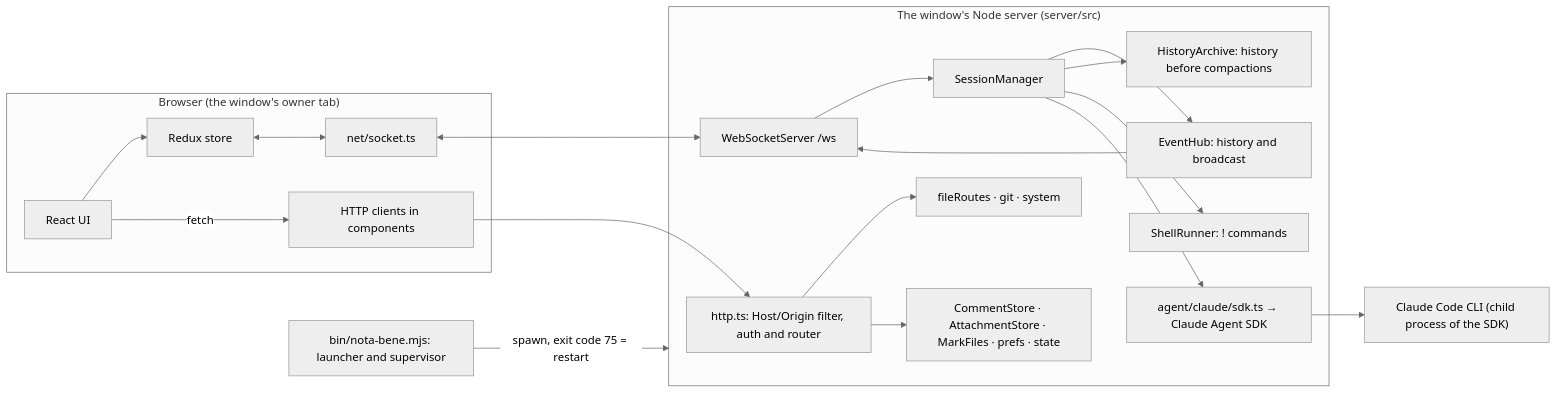
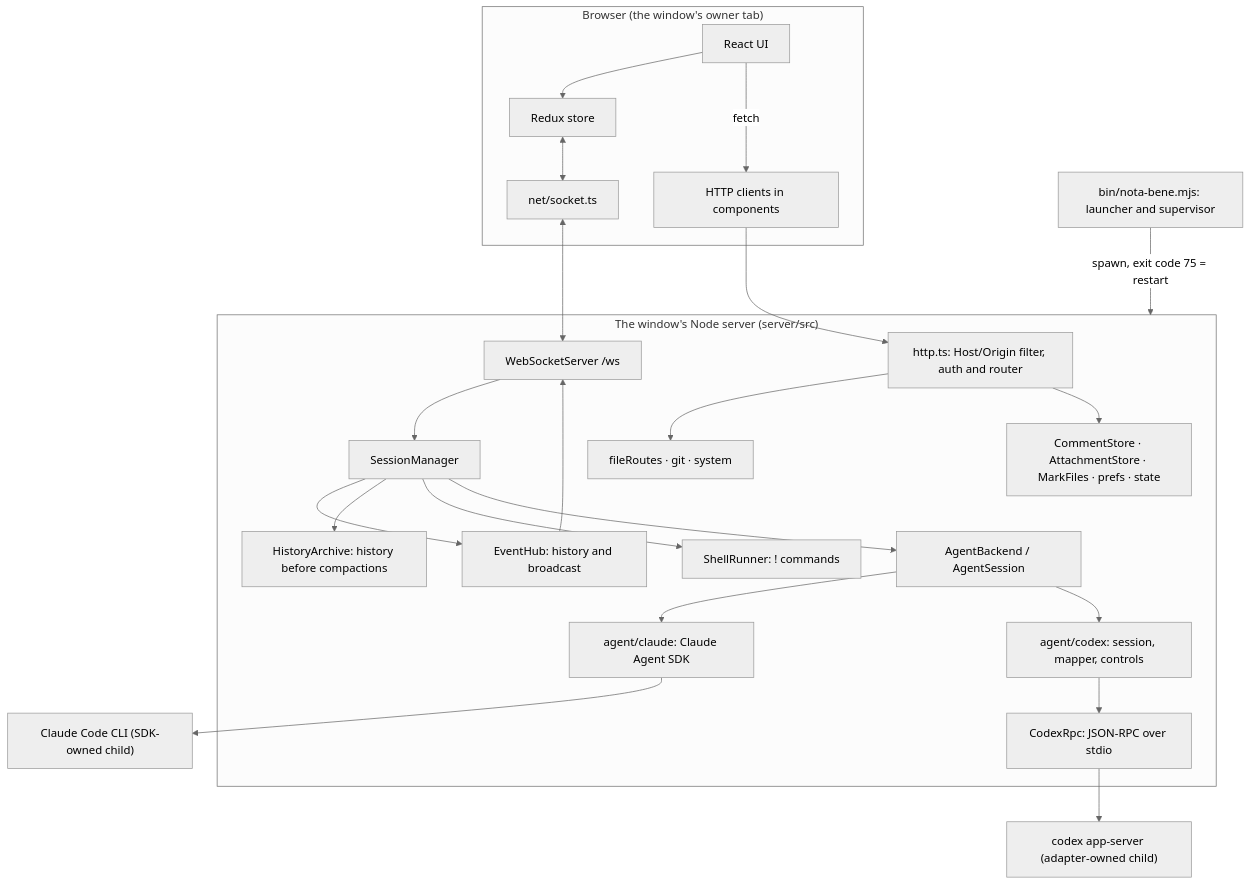
The first of 4 diagrams in docs/architecture.md (iCubeDm/claude-nota-bene), drawn with Mermaid (neutral theme) before and after one commit. The commit also changed other lines of this file and 1 other file, not shown here.

Commit message:
docs: update architecture for Codex and temp images, correct the guide

````diff
--- a/docs/architecture.md
+++ b/docs/architecture.md
@@ -16,31 +14,37 @@
 ```mermaid
-flowchart LR
+flowchart TB
   subgraph Browser["Browser (the window's owner tab)"]
     UI["React UI"] --> RS["Redux store"]
     RS <--> WSC["net/socket.ts"]
     UI -- fetch --> HTTPC["HTTP clients in components"]
   end
   subgraph Server["The window's Node server (server/src)"]
     HTTP["http.ts: Host/Origin filter, auth and router"]
     WSS["WebSocketServer /ws"]
     HUB["EventHub: history and broadcast"]
     ARC["HistoryArchive: history before compactions"]
     SM["SessionManager"]
     SH["ShellRunner: ! commands"]
     STORES["CommentStore · AttachmentStore · MarkFiles · prefs · state"]
     FR["fileRoutes · git · system"]
-    SDK["agent/claude/sdk.ts → Claude Agent SDK"]
+    AB["AgentBackend / AgentSession"]
+    SDK["agent/claude: Claude Agent SDK"]
+    CX["agent/codex: session, mapper, controls"]
+    RPC["CodexRpc: JSON-RPC over stdio"]
   end
-  CLI["Claude Code CLI (child process of the SDK)"]
+  CLI["Claude Code CLI (SDK-owned child)"]
+  CODEX["codex app-server (adapter-owned child)"]
   L["bin/nota-bene.mjs: launcher and supervisor"]
   WSC <--> WSS
   HTTPC --> HTTP
   WSS --> SM
   SM --> HUB --> WSS
   SM --> ARC
   SM --> SH
-  SM --> SDK --> CLI
+  SM --> AB
+  AB --> SDK --> CLI
+  AB --> CX --> RPC --> CODEX
   HTTP --> FR
   HTTP --> STORES
   L -- "spawn, exit code 75 = restart" --> Server
 ```
````
